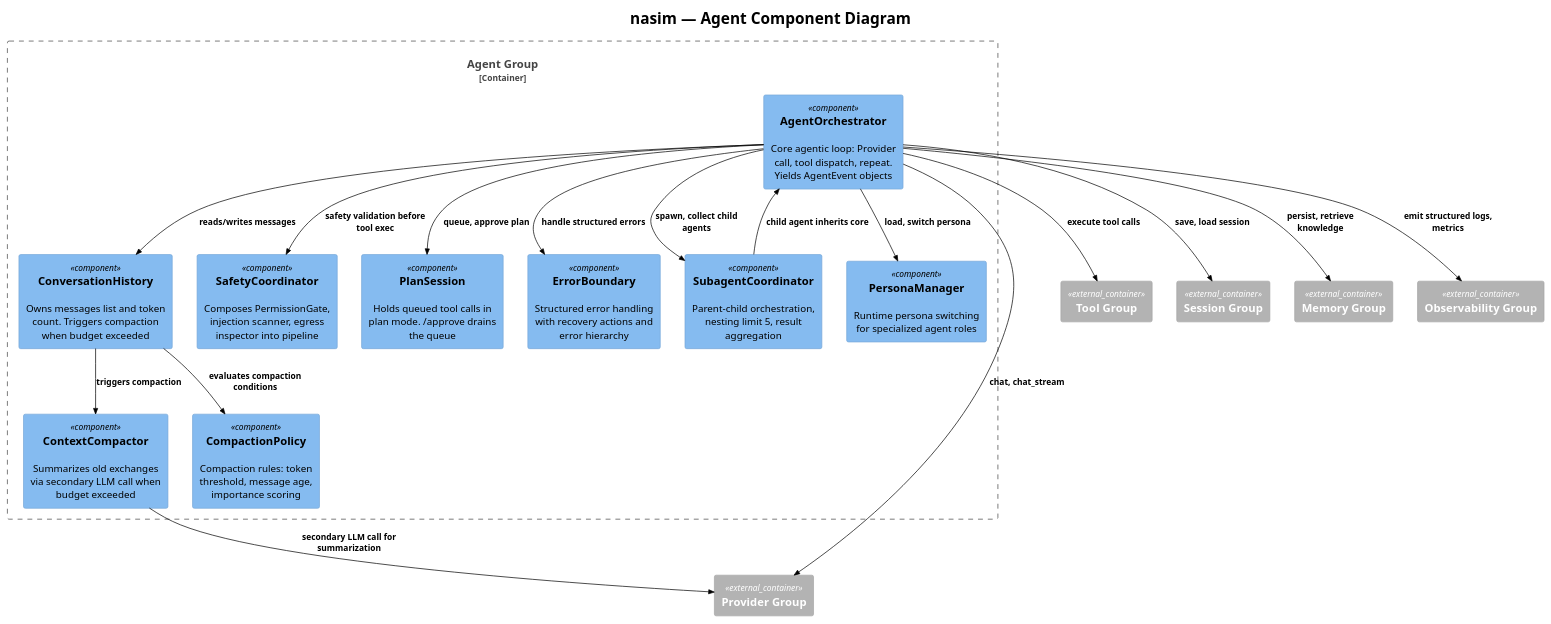
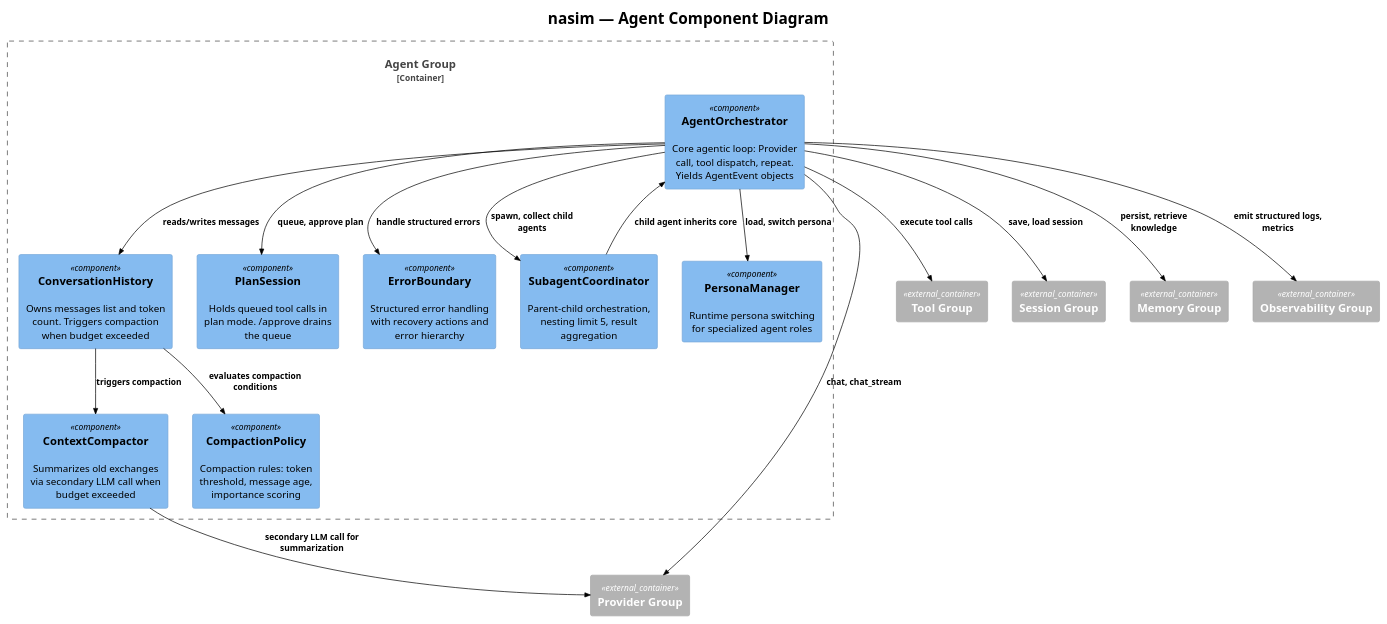
The diagram in docs/C4/c4_nasim_component_agent.puml (salimnamvar/nasim), drawn with PlantUML before and after one commit. The commit also changed 9 other files, not shown here.

First line of the commit message:
docs: Refactor SM documentation and lifecycle diagrams for consistency and clarity

```diff
--- a/docs/C4/c4_nasim_component_agent.puml
+++ b/docs/C4/c4_nasim_component_agent.puml
@@ -1,52 +1,50 @@
 @startuml c4_nasim_component_agent
 !include https://raw.githubusercontent.com/plantuml-stdlib/C4-PlantUML/v2.10.0/C4_Component.puml
 !theme plain
 
 
 ' ============================================================
 ' Title:     nasim — Agent Component Diagram
 ' Boundary:  nasim core library — Agent group
 ' Purpose:   Agent layer internal components
 ' Milestone: v1.0
 ' Version:   6.0.0
 ' Source:    docs/prompt/p1.md — corrective architecture review
 ' Review:    docs/audit/audit.2026.06.20.comprehensive.reference.audit.md
 ' ============================================================
 
 title nasim — Agent Component Diagram
 
 Container_Boundary(agent_boundary, "Agent Group") {
     Component(agent_orch, "AgentOrchestrator", "", "Core agentic loop: Provider call, tool dispatch, repeat. Yields AgentEvent objects")
     Component(conv_history, "ConversationHistory", "", "Owns messages list and token count. Triggers compaction when budget exceeded")
     Component(compactor, "ContextCompactor", "", "Summarizes old exchanges via secondary LLM call when budget exceeded")
-    Component(safety_coord, "SafetyCoordinator", "", "Composes PermissionGate, injection scanner, egress inspector into pipeline")
     Component(plan_session, "PlanSession", "", "Holds queued tool calls in plan mode. /approve drains the queue")
     Component(subagent_coord, "SubagentCoordinator", "", "Parent-child orchestration, nesting limit 5, result aggregation")
     Component(error_boundary, "ErrorBoundary", "", "Structured error handling with recovery actions and error hierarchy")
     Component(persona_mgr, "PersonaManager", "", "Runtime persona switching for specialized agent roles")
     Component(compaction_policy, "CompactionPolicy", "", "Compaction rules: token threshold, message age, importance scoring")
 }
 
 Container_Ext(provider_boundary, "Provider Group")
 Container_Ext(tool_boundary, "Tool Group")
 Container_Ext(session_boundary, "Session Group")
 Container_Ext(memory_boundary, "Memory Group")
 Container_Ext(observability_group, "Observability Group")
 
 Rel(agent_orch, provider_boundary, "chat, chat_stream")
 Rel(agent_orch, tool_boundary, "execute tool calls")
 Rel(agent_orch, conv_history, "reads/writes messages")
-Rel(agent_orch, safety_coord, "safety validation before tool exec")
 Rel(agent_orch, subagent_coord, "spawn, collect child agents")
 Rel(agent_orch, error_boundary, "handle structured errors")
 Rel(agent_orch, persona_mgr, "load, switch persona")
 Rel(agent_orch, memory_boundary, "persist, retrieve knowledge")
 Rel(agent_orch, session_boundary, "save, load session")
 Rel(agent_orch, observability_group, "emit structured logs, metrics")
 Rel(agent_orch, plan_session, "queue, approve plan")
 Rel(conv_history, compactor, "triggers compaction")
 Rel(conv_history, compaction_policy, "evaluates compaction conditions")
 Rel(compactor, provider_boundary, "secondary LLM call for summarization")
 Rel(subagent_coord, agent_orch, "child agent inherits core")
 
 @enduml
```
